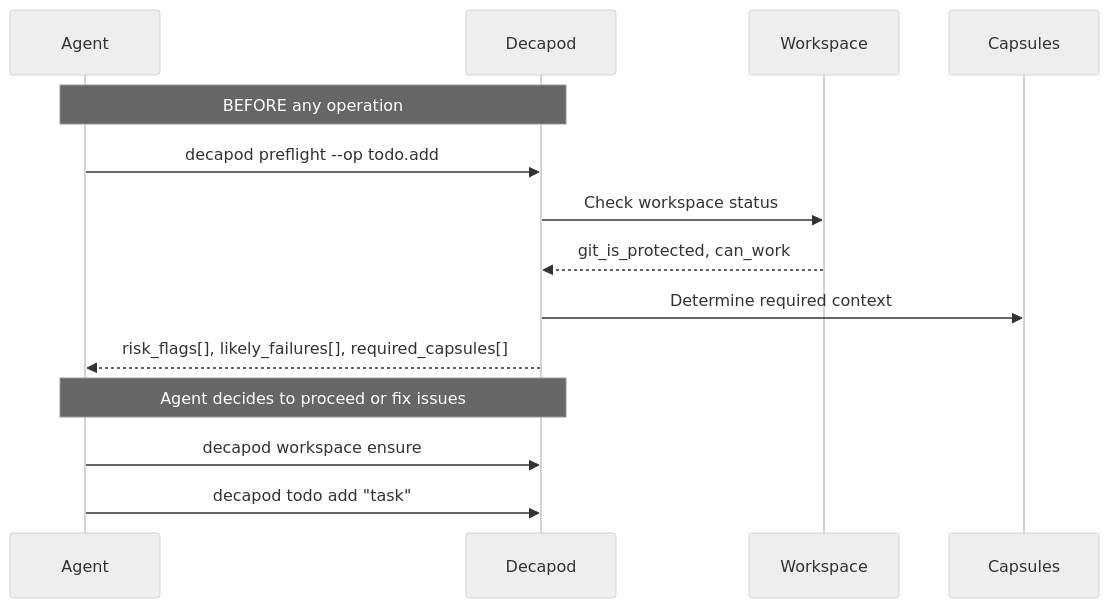
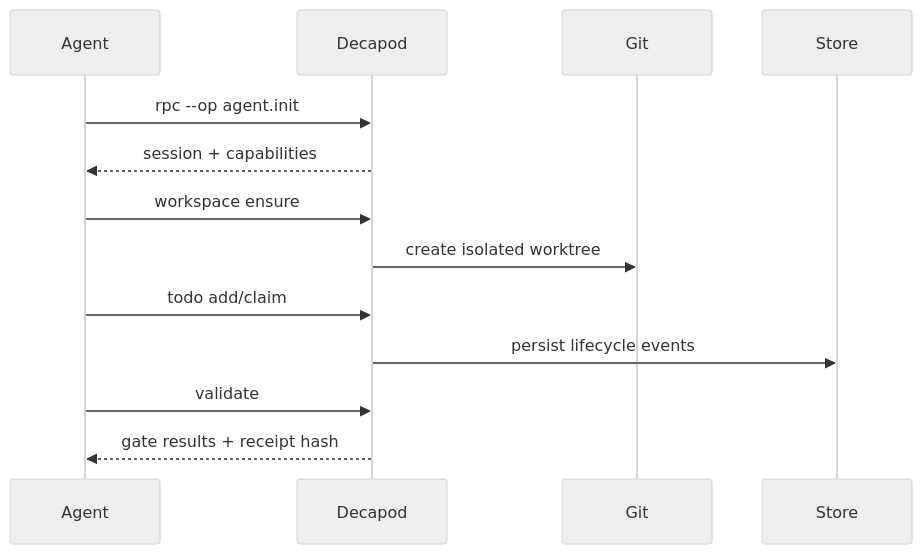
One commit to DecapodLabs/decapod changed the third of 4 diagrams in .decapod/generated/specs/ARCHITECTURE.md. Above: the diagram before and after it, drawn with Mermaid (neutral theme). The commit also changed other lines of this file and 12 other files, not shown here.

````diff
--- a/.decapod/generated/specs/ARCHITECTURE.md
+++ b/.decapod/generated/specs/ARCHITECTURE.md
@@ -133,16 +34,15 @@
 ```mermaid
 sequenceDiagram
-    participant Agent
-    participant Decapod
-
-    Note over Agent,Decapod: BEFORE any operation
-    Agent->>Decapod: decapod preflight --op todo.add
-    Decapod->>Workspace: Check workspace status
-    Workspace-->>Decapod: git_is_protected, can_work
-    Decapod->>Capsules: Determine required context
-    Decapod-->>Agent: risk_flags[], likely_failures[], required_capsules[]
-
-    Note over Agent,Decapod: Agent decides to proceed or fix issues
-    Agent->>Decapod: decapod workspace ensure
-    Agent->>Decapod: decapod todo add "task"
+  participant Agent
+  participant Runtime as Decapod
+  participant Git
+  participant Store
+  Agent->>Runtime: rpc --op agent.init
+  Runtime-->>Agent: session + capabilities
+  Agent->>Runtime: workspace ensure
+  Runtime->>Git: create isolated worktree
+  Agent->>Runtime: todo add/claim
+  Runtime->>Store: persist lifecycle events
+  Agent->>Runtime: validate
+  Runtime-->>Agent: gate results + receipt hash
 ```
````
